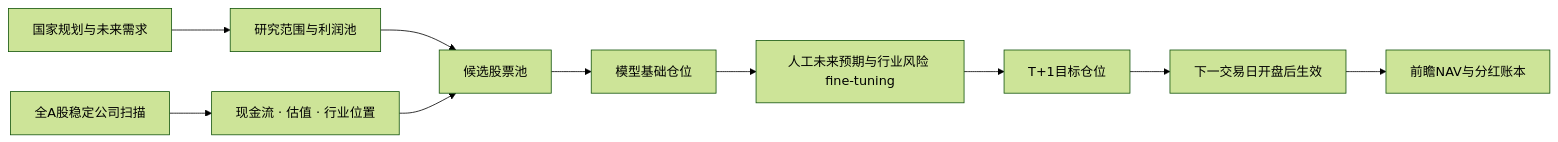
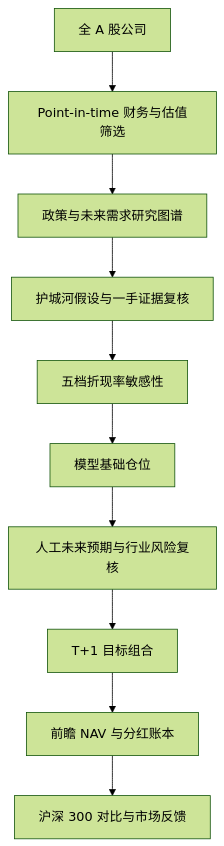
One commit to MIngQian04/a-share-moat-value-strategy changed the third of 3 diagrams in README.zh-CN.md. Above: the diagram before and after it, drawn with Mermaid (forest theme). The commit also changed other lines of this file and 3 other files, not shown here.

````diff
--- a/README.zh-CN.md
+++ b/README.zh-CN.md
@@ -27,12 +161,12 @@
 ```mermaid
-flowchart LR
-    A[国家规划与未来需求] --> B[研究范围与利润池]
-    C[全A股稳定公司扫描] --> D[现金流 · 估值 · 行业位置]
-    B --> E[候选股票池]
-    D --> E
+flowchart TD
+    A[全 A 股公司] --> B[Point-in-time 财务与估值筛选]
+    B --> C[政策与未来需求研究图谱]
+    C --> D[护城河假设与一手证据复核]
+    D --> E[五档折现率敏感性]
     E --> F[模型基础仓位]
-    F --> G[人工未来预期与行业风险 fine-tuning]
-    G --> H[T+1目标仓位]
-    H --> I[下一交易日开盘后生效]
-    I --> J[前瞻NAV与分红账本]
+    F --> G[人工未来预期与行业风险复核]
+    G --> H[T+1 目标组合]
+    H --> I[前瞻 NAV 与分红账本]
+    I --> J[沪深 300 对比与市场反馈]
 ```
````
